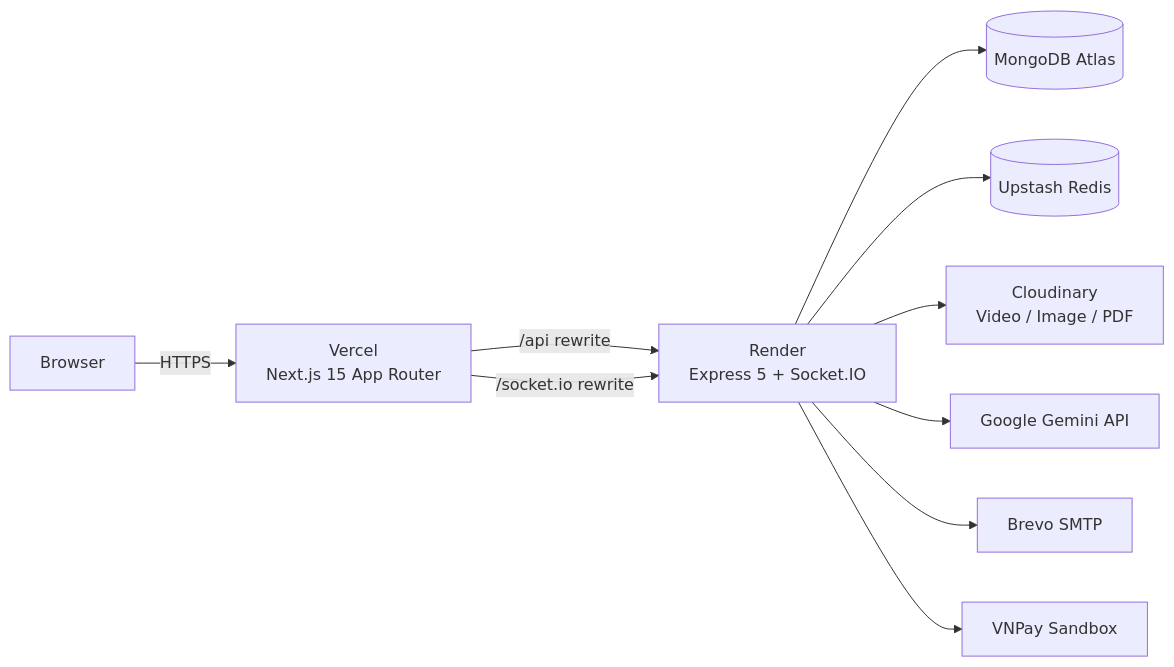
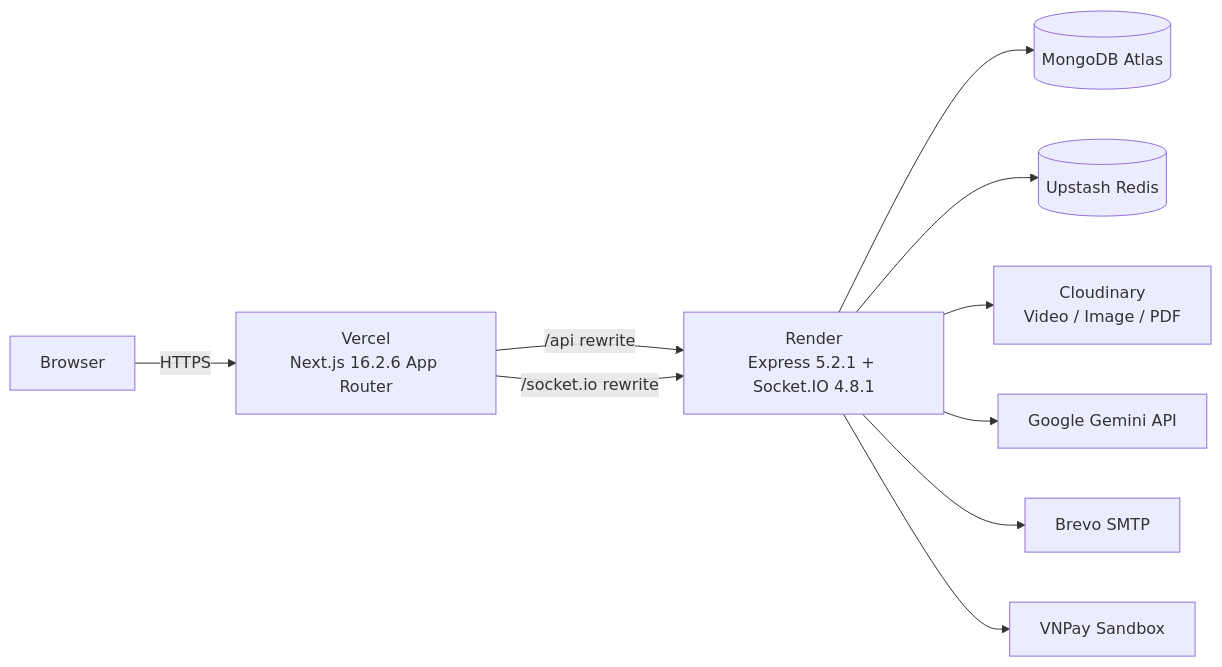
One commit to din1209-nguyen/Edunest changed the diagram in README.md. Above: the diagram before and after it, drawn with Mermaid. The commit also changed other lines of this file, not shown here.

````diff
--- a/README.md
+++ b/README.md
@@ -95,22 +95,22 @@
 ```mermaid
 flowchart LR
   Browser["Browser"]
-  Vercel["Vercel\nNext.js 15 App Router"]
-  Render["Render\nExpress 5 + Socket.IO"]
+  Vercel["Vercel\nNext.js 16.2.6 App Router"]
+  Render["Render\nExpress 5.2.1 + Socket.IO 4.8.1"]
   Mongo[("MongoDB Atlas")]
   Upstash[("Upstash Redis")]
   Cloudinary["Cloudinary\nVideo / Image / PDF"]
   Gemini["Google Gemini API"]
   Brevo["Brevo SMTP"]
   VNPay["VNPay Sandbox"]
 
   Browser -->|HTTPS| Vercel
   Vercel -->|"/api rewrite"| Render
   Vercel -->|"/socket.io rewrite"| Render
   Render --> Mongo
   Render --> Upstash
   Render --> Cloudinary
   Render --> Gemini
   Render --> Brevo
   Render --> VNPay
 ```
````
